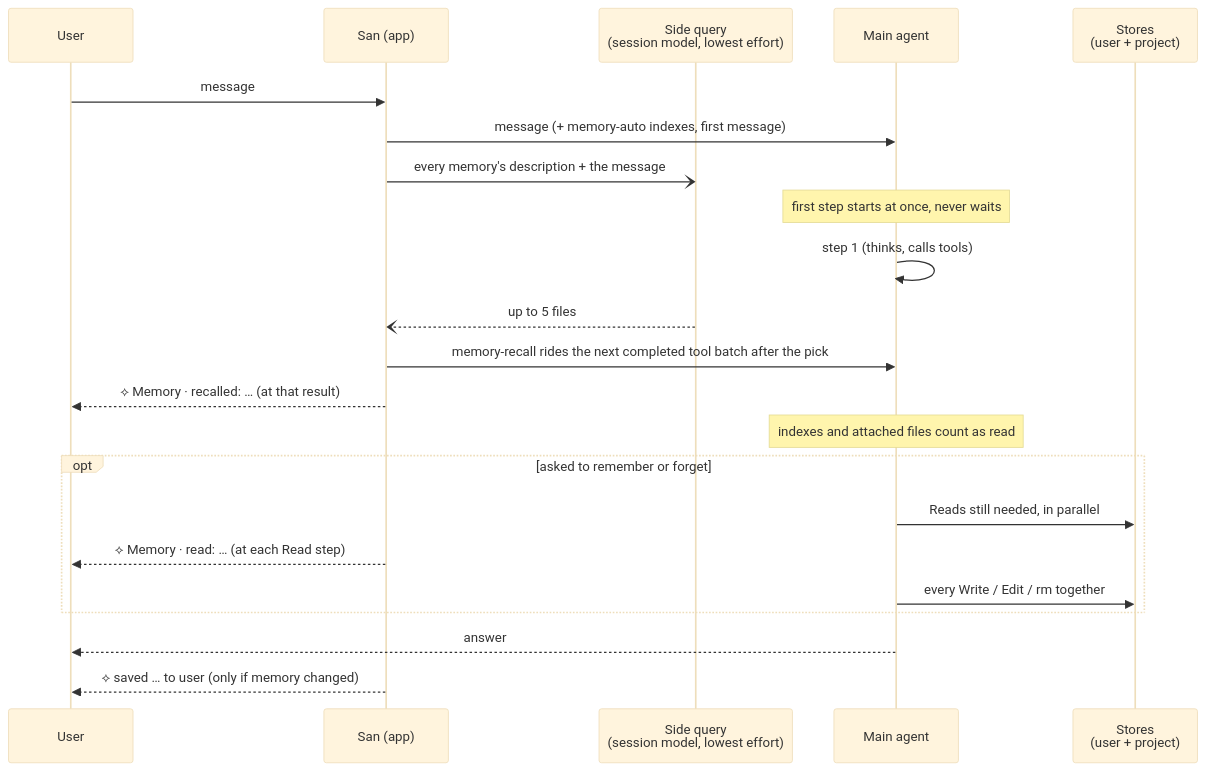
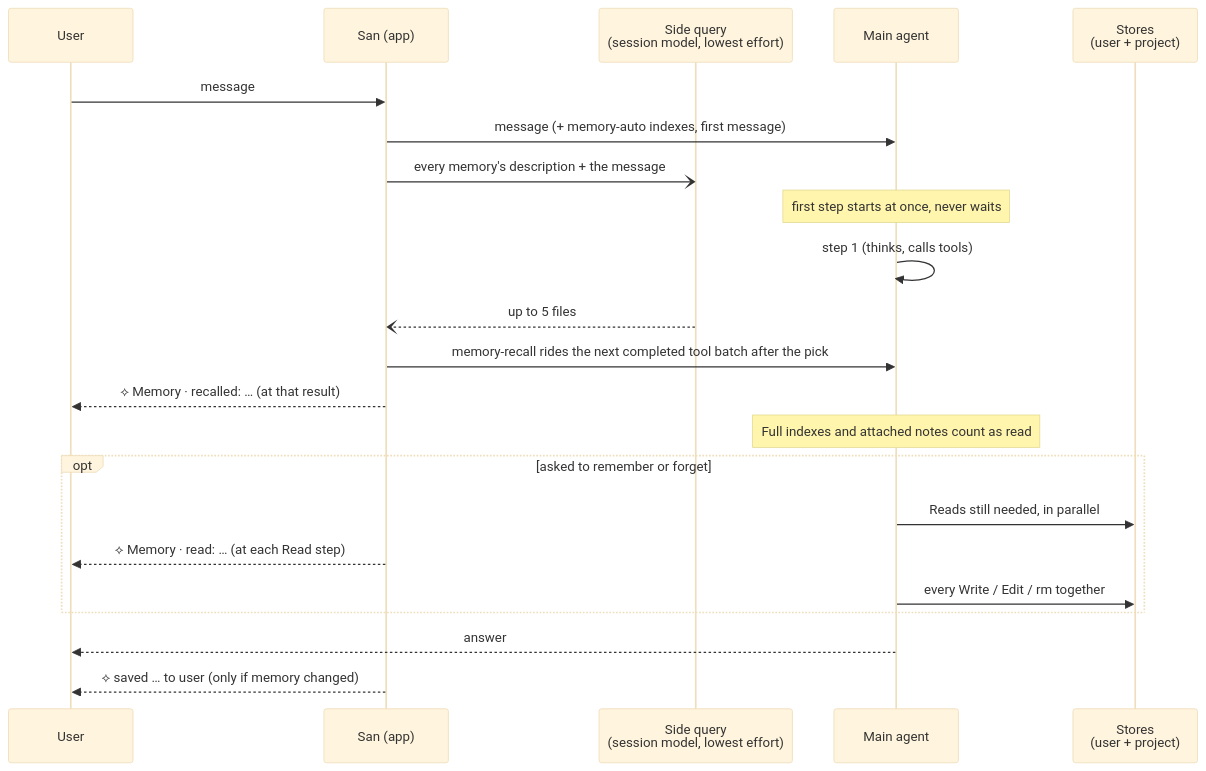
One commit to genai-io/san changed the diagram in docs/concepts/auto-memory.md. Above: the diagram before and after it, drawn with Mermaid (base theme). The commit also changed other lines of this file and 42 other files, not shown here.

````diff
--- a/docs/concepts/auto-memory.md
+++ b/docs/concepts/auto-memory.md
@@ -44,25 +41,25 @@
 ```mermaid
 sequenceDiagram
     participant U as User
     participant App as San (app)
     participant Sel as Side query<br/>(session model, lowest effort)
     participant A as Main agent
     participant S as Stores<br/>(user + project)
 
     U->>App: message
     App->>A: message (+ memory-auto indexes, first message)
     App-)Sel: every memory's description + the message
     Note over A: first step starts at once, never waits
     A->>A: step 1 (thinks, calls tools)
     Sel--)App: up to 5 files
     App->>A: memory-recall rides the next completed tool batch after the pick
     App-->>U: ⟡ Memory · recalled: … (at that result)
-    Note over A: indexes and attached files count as read
+    Note over A: Full indexes and attached notes count as read
     opt asked to remember or forget
         A->>S: Reads still needed, in parallel
         App-->>U: ⟡ Memory · read: … (at each Read step)
         A->>S: every Write / Edit / rm together
     end
     A-->>U: answer
     App-->>U: ⟡ saved … to user (only if memory changed)
 ```
````
